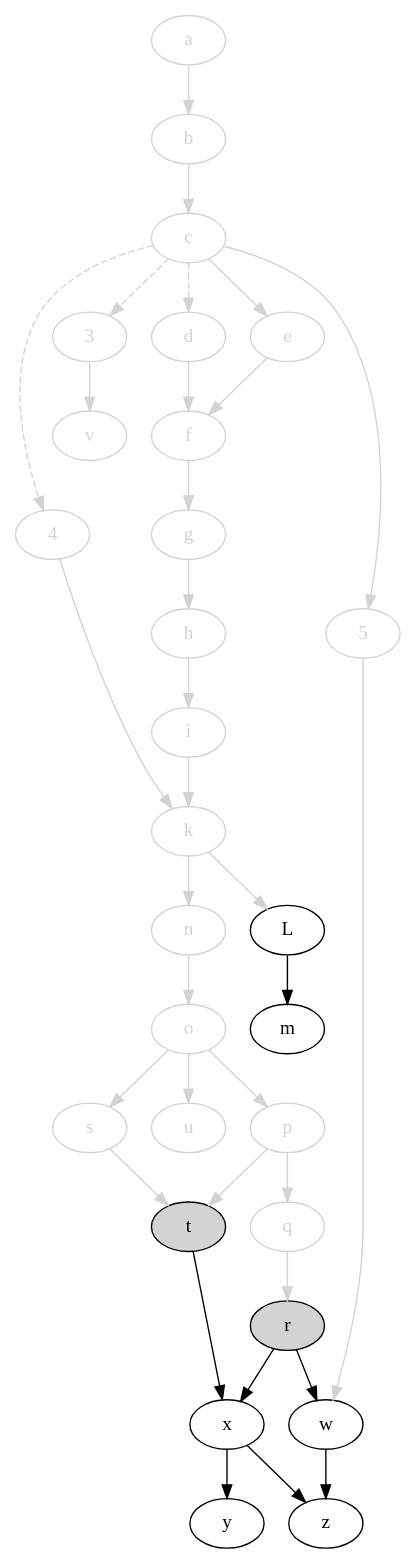
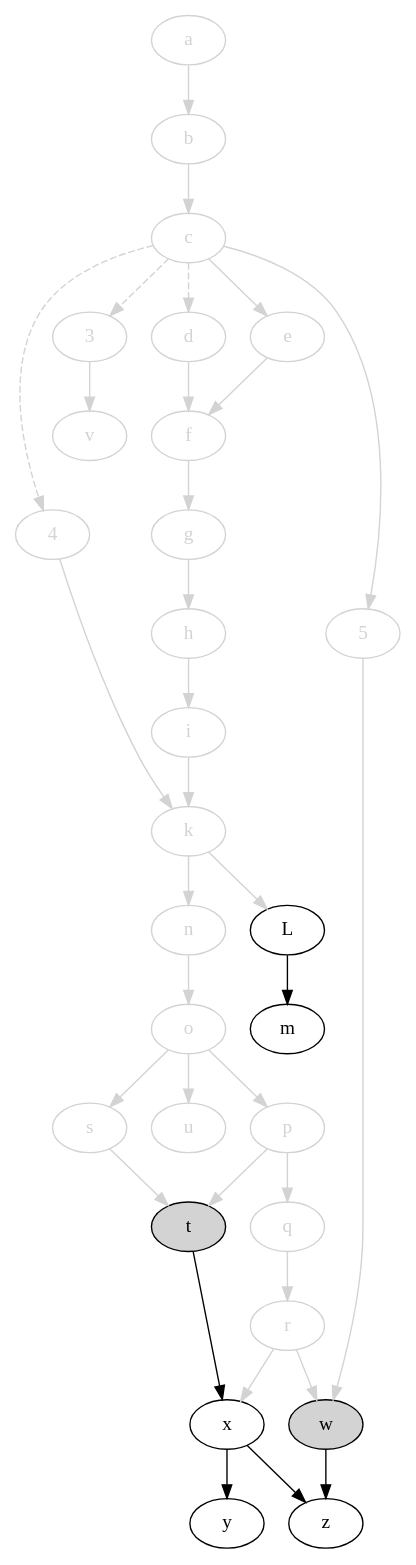
Before and after one commit to jdmpapin/svm-startup-deps: the diagram in svm-startup-deps.dot, drawn with Graphviz. The commit also changed 1 other file, not shown here.

```diff
--- a/svm-startup-deps.dot
+++ b/svm-startup-deps.dot
@@ -1,67 +1,67 @@
 digraph {
     // open: [style=filled,fillcolor=lightgrey]
     // closed: [color=lightgrey,fontcolor=lightgrey]
 
     4 [color=lightgrey,fontcolor=lightgrey];
     3 [color=lightgrey,fontcolor=lightgrey];
     a [color=lightgrey,fontcolor=lightgrey];
     b [color=lightgrey,fontcolor=lightgrey];
     c [color=lightgrey,fontcolor=lightgrey];
     d [color=lightgrey,fontcolor=lightgrey];
     e [color=lightgrey,fontcolor=lightgrey];
     f [color=lightgrey,fontcolor=lightgrey];
     g [color=lightgrey,fontcolor=lightgrey];
     h [color=lightgrey,fontcolor=lightgrey];
     i [color=lightgrey,fontcolor=lightgrey];
     k [color=lightgrey,fontcolor=lightgrey];
     L;
     m;
     5 [color=lightgrey,fontcolor=lightgrey];
     n [color=lightgrey,fontcolor=lightgrey];
     o [color=lightgrey,fontcolor=lightgrey];
     p [color=lightgrey,fontcolor=lightgrey];
     q [color=lightgrey,fontcolor=lightgrey];
-    r [style=filled,fillcolor=lightgrey];
+    r [color=lightgrey,fontcolor=lightgrey];
     s [color=lightgrey,fontcolor=lightgrey];
     t [style=filled,fillcolor=lightgrey];
     u [color=lightgrey,fontcolor=lightgrey];
     v [color=lightgrey,fontcolor=lightgrey];
-    w;
+    w [style=filled,fillcolor=lightgrey];
     x;
     y;
     z;
 
     4 -> k [color=lightgrey];
     c -> 4 [style=dashed,color=lightgrey];
     c -> 3 [style=dashed,color=lightgrey];
     c -> d [style=dashed,color=lightgrey];
     3 -> v [color=lightgrey];
     a -> b [color=lightgrey];
     b -> c [color=lightgrey];
     c -> e [color=lightgrey];
     c -> 5 [color=lightgrey];
     d -> f [color=lightgrey];
     e -> f [color=lightgrey];
     f -> g [color=lightgrey];
     g -> h [color=lightgrey];
     h -> i [color=lightgrey];
     i -> k [color=lightgrey];
     k -> L [color=lightgrey];
     L -> m;
     k -> n [color=lightgrey];
     n -> o [color=lightgrey];
     o -> p [color=lightgrey];
     p -> q [color=lightgrey];
     q -> r [color=lightgrey];
     o -> s [color=lightgrey];
     s -> t [color=lightgrey];
     p -> t [color=lightgrey];
     o -> u [color=lightgrey];
     5 -> w [color=lightgrey];
-    r -> w;
+    r -> w [color=lightgrey];
     t -> x;
-    r -> x;
+    r -> x [color=lightgrey];
     x -> y;
     x -> z;
     w -> z;
 }
```
